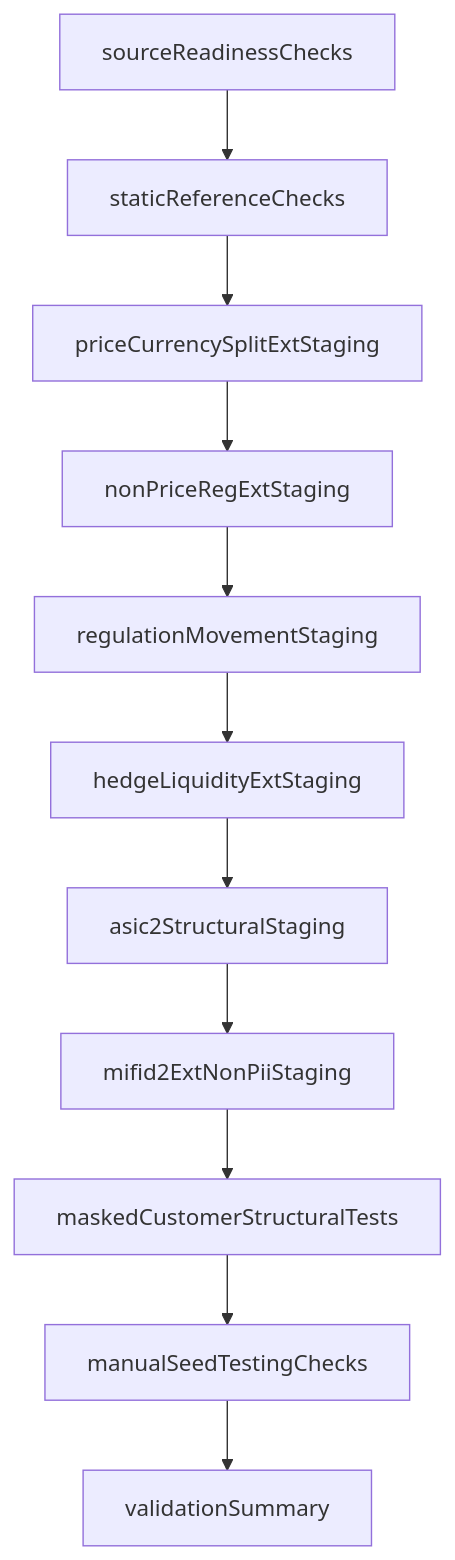
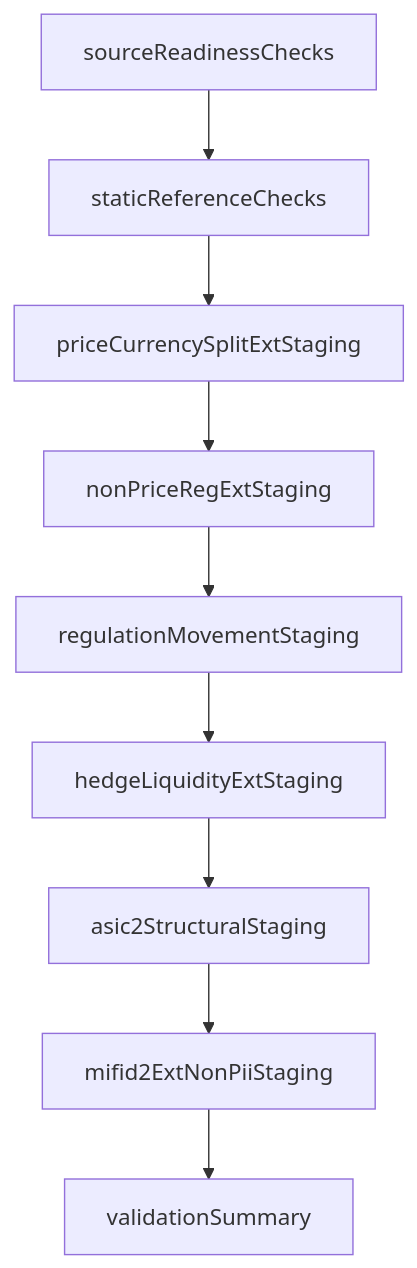
Before and after one commit to valentinosko-hub/mifid-databricks-migration: the first of 3 diagrams in docs/workflow_orchestration_plan.md, drawn with Mermaid. The commit also changed other lines of this file and 9 other files, not shown here.

````diff
--- a/docs/workflow_orchestration_plan.md
+++ b/docs/workflow_orchestration_plan.md
@@ -37,13 +37,11 @@
 ```mermaid
 flowchart TD
   sourceReadinessChecks --> staticReferenceChecks
   staticReferenceChecks --> priceCurrencySplitExtStaging
   priceCurrencySplitExtStaging --> nonPriceRegExtStaging
   nonPriceRegExtStaging --> regulationMovementStaging
   regulationMovementStaging --> hedgeLiquidityExtStaging
   hedgeLiquidityExtStaging --> asic2StructuralStaging
   asic2StructuralStaging --> mifid2ExtNonPiiStaging
-  mifid2ExtNonPiiStaging --> maskedCustomerStructuralTests
-  maskedCustomerStructuralTests --> manualSeedTestingChecks
-  manualSeedTestingChecks --> validationSummary
+  mifid2ExtNonPiiStaging --> validationSummary
 ```
````
